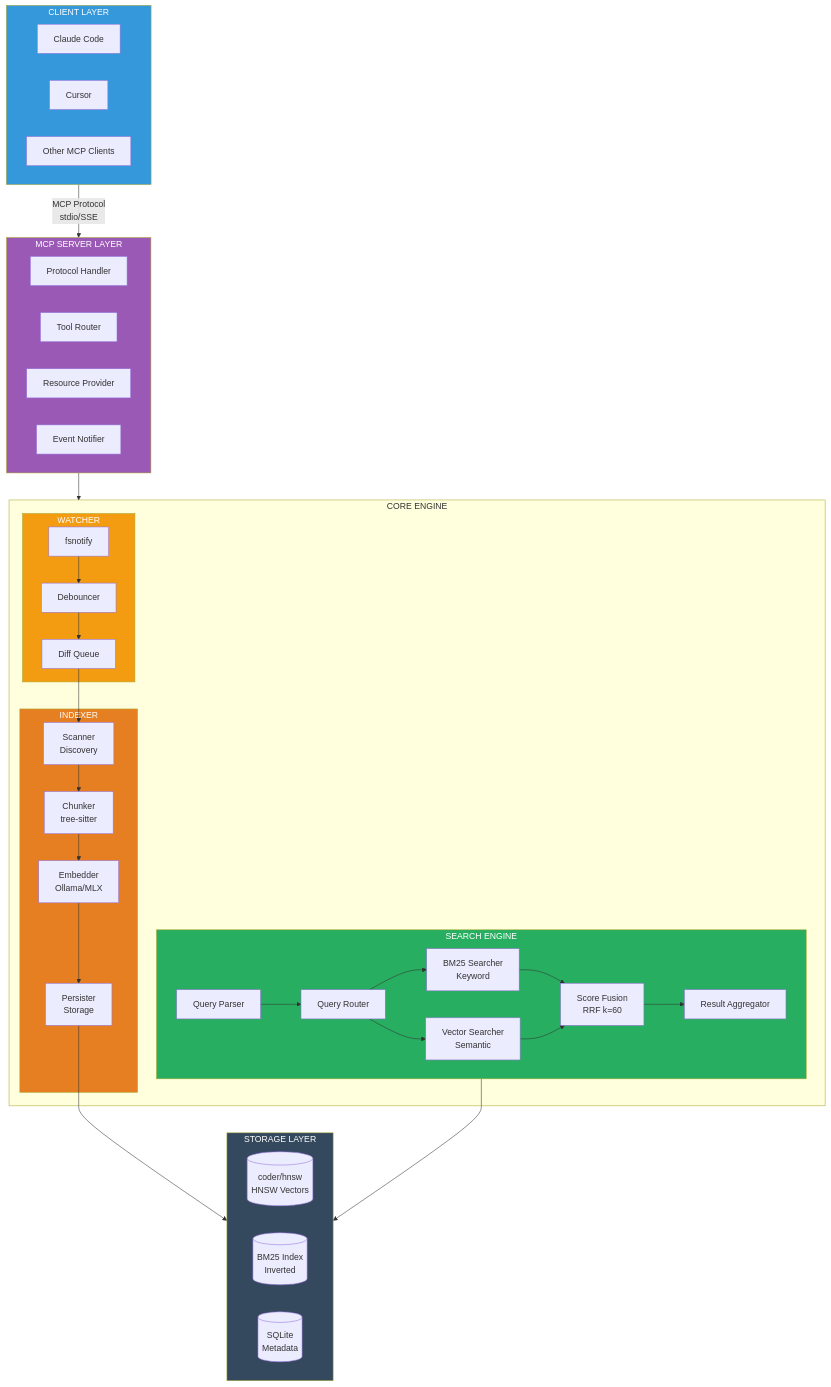
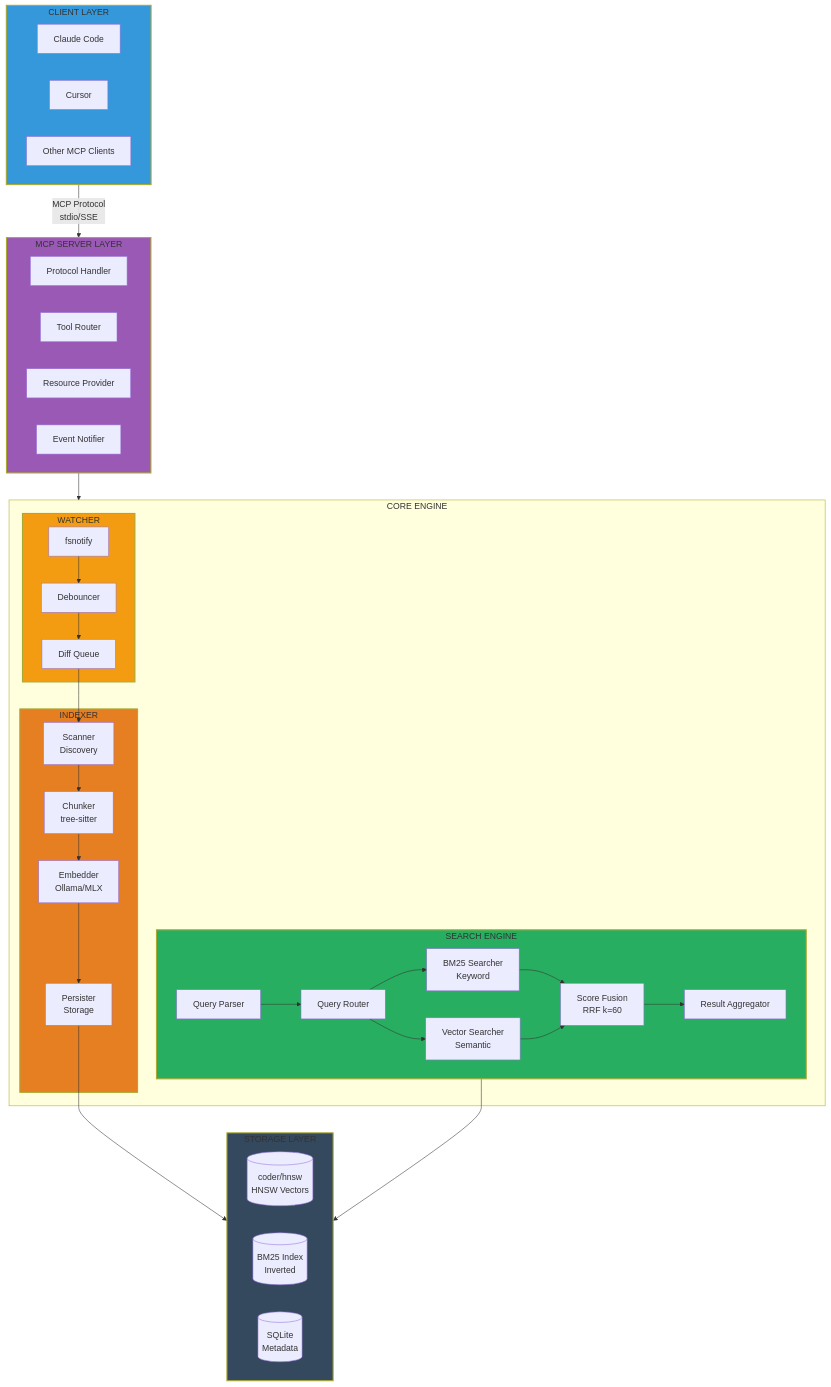
Before and after one commit to sampi02/amanmcp: the second of 27 diagrams in docs/reference/architecture/architecture.md, drawn with Mermaid. The commit also changed other lines of this file and 59 other files, not shown here.

````diff
--- a/docs/reference/architecture/architecture.md
+++ b/docs/reference/architecture/architecture.md
@@ -59,69 +186,69 @@
 ```mermaid
 flowchart TB
     subgraph Clients["CLIENT LAYER"]
         CC[Claude Code]
         Cursor[Cursor]
         Other[Other MCP Clients]
     end
 
     subgraph MCP["MCP SERVER LAYER"]
         Protocol[Protocol Handler]
         Tools[Tool Router]
         Resources[Resource Provider]
         Notifier[Event Notifier]
     end
 
     subgraph Core["CORE ENGINE"]
         subgraph Search["SEARCH ENGINE"]
             Parser[Query Parser]
             Router[Query Router]
             BM25[BM25 Searcher<br/>Keyword]
             Vector[Vector Searcher<br/>Semantic]
             RRF[Score Fusion<br/>RRF k=60]
             Aggregator[Result Aggregator]
         end
 
         subgraph Index["INDEXER"]
             Scanner[Scanner<br/>Discovery]
             Chunker[Chunker<br/>tree-sitter]
             Embedder[Embedder<br/>Ollama/MLX]
             Persister[Persister<br/>Storage]
         end
 
         subgraph Watch["WATCHER"]
             FSNotify[fsnotify]
             Debouncer[Debouncer]
             DiffQueue[Diff Queue]
         end
     end
 
     subgraph Storage["STORAGE LAYER"]
         HNSW[(coder/hnsw<br/>HNSW Vectors)]
         BM25Index[(BM25 Index<br/>Inverted)]
         Metadata[(SQLite<br/>Metadata)]
     end
 
     Clients -->|MCP Protocol<br/>stdio/SSE| MCP
     MCP --> Core
 
     Parser --> Router
     Router --> BM25
     Router --> Vector
     BM25 --> RRF
     Vector --> RRF
     RRF --> Aggregator
 
     Scanner --> Chunker --> Embedder --> Persister
 
     FSNotify --> Debouncer --> DiffQueue --> Scanner
 
     Persister --> Storage
     Search --> Storage
 
-    style Clients fill:#3498db,color:#fff
-    style MCP fill:#9b59b6,color:#fff
-    style Search fill:#27ae60,color:#fff
-    style Index fill:#e67e22,color:#fff
-    style Watch fill:#f39c12,color:#fff
-    style Storage fill:#34495e,color:#fff
+    style Clients fill:#3498db,stroke-width:2px
+    style MCP fill:#9b59b6,stroke-width:2px
+    style Search fill:#27ae60,stroke-width:2px
+    style Index fill:#e67e22,stroke-width:2px
+    style Watch fill:#f39c12,stroke-width:2px
+    style Storage fill:#34495e,stroke-width:2px
 ```
````
